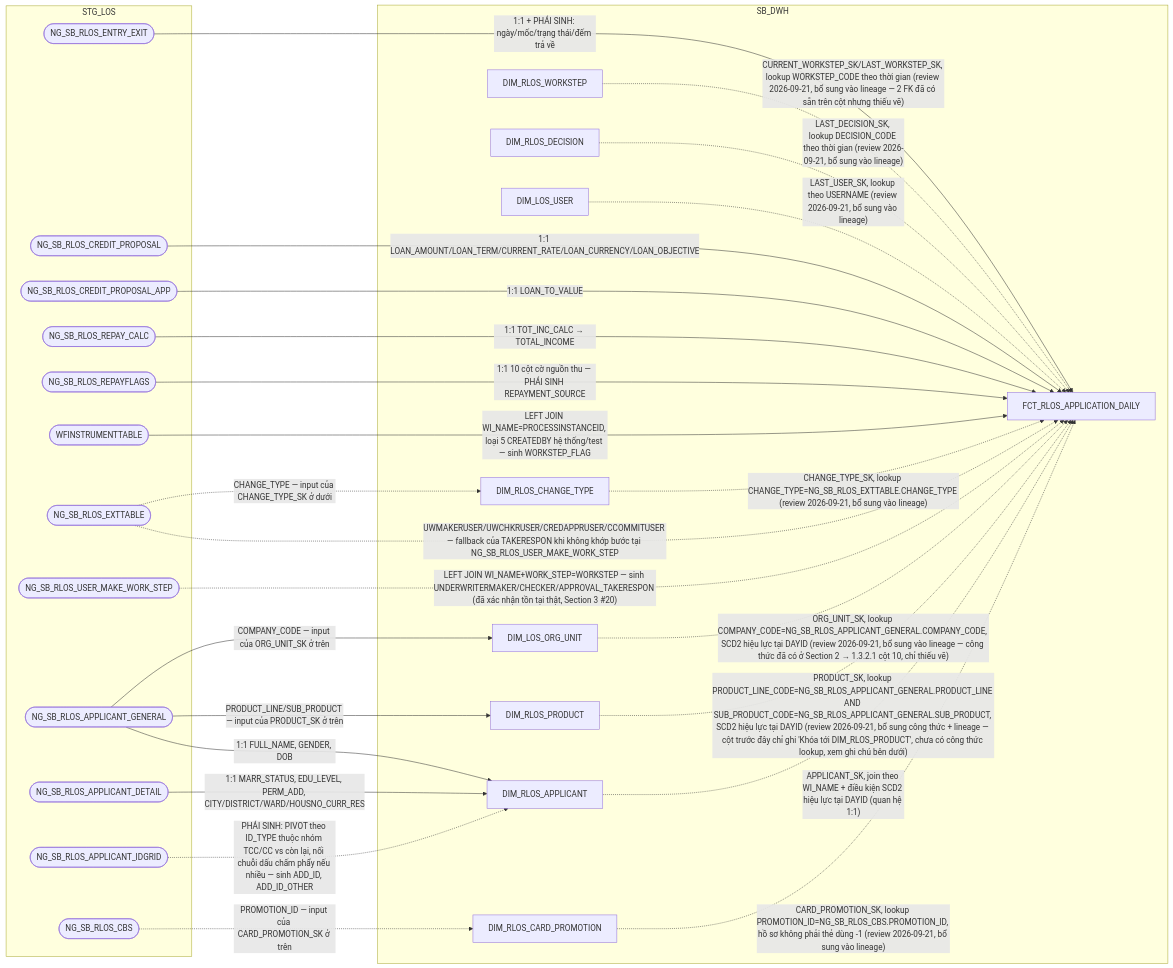
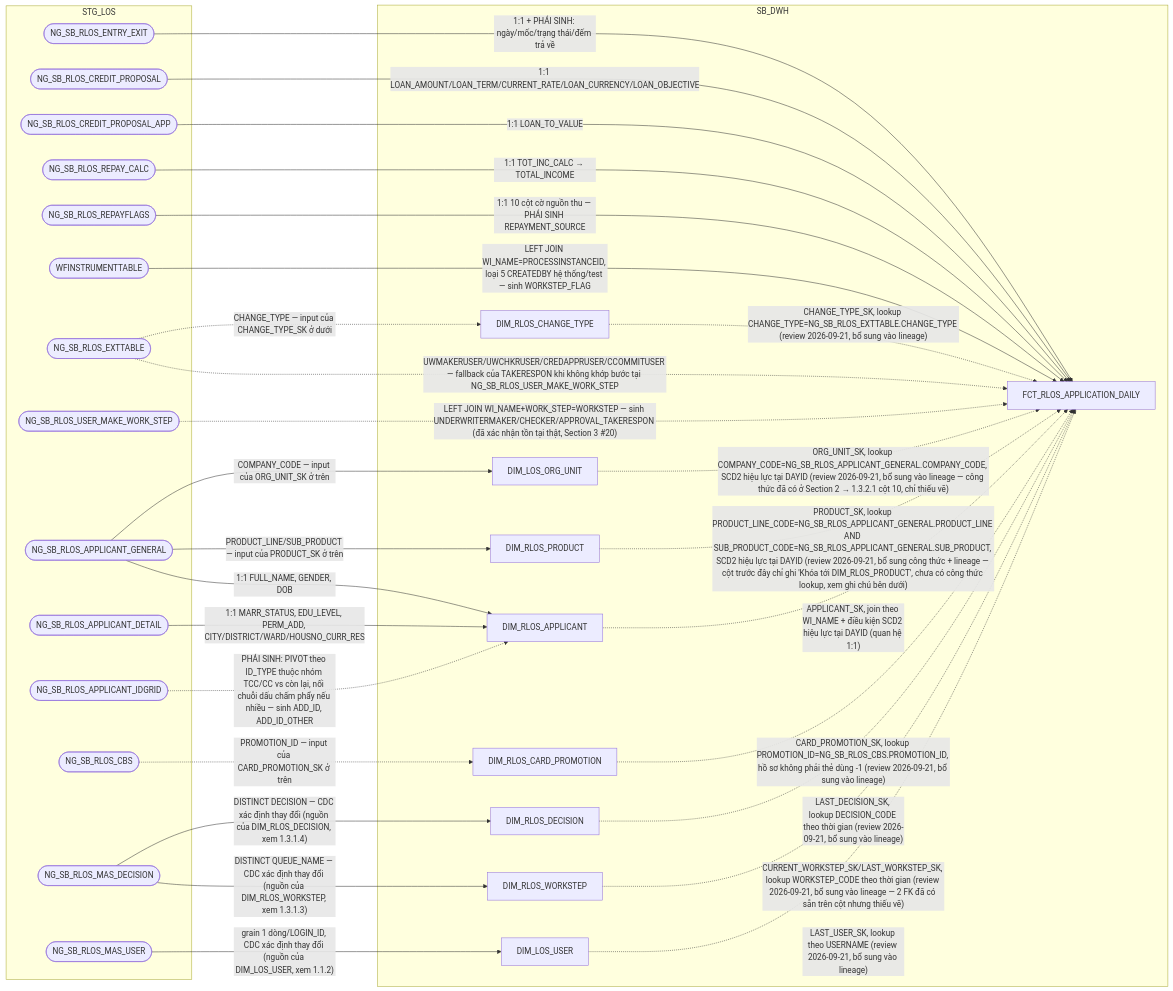
Before and after one commit to chien1198/sb-mapping-gen: the seventh of 13 diagrams in hld/HLD_FCT_SB_DWH.md, drawn with Mermaid. The commit also changed other lines of this file and 113 other files, not shown here.

````diff
--- a/hld/HLD_FCT_SB_DWH.md
+++ b/hld/HLD_FCT_SB_DWH.md
@@ -630,51 +656,56 @@
 ```mermaid
 flowchart LR
     subgraph STG_LOS
         A(["NG_SB_RLOS_ENTRY_EXIT"])
         B(["NG_SB_RLOS_CREDIT_PROPOSAL"])
         C(["NG_SB_RLOS_CREDIT_PROPOSAL_APP"])
         F(["NG_SB_RLOS_REPAY_CALC"])
         G(["NG_SB_RLOS_REPAYFLAGS"])
         H(["WFINSTRUMENTTABLE"])
         I(["NG_SB_RLOS_EXTTABLE"])
         J(["NG_SB_RLOS_USER_MAKE_WORK_STEP"])
         P1(["NG_SB_RLOS_APPLICANT_GENERAL"])
         P2(["NG_SB_RLOS_APPLICANT_DETAIL"])
         P3(["NG_SB_RLOS_APPLICANT_IDGRID"])
         P4(["NG_SB_RLOS_CBS"])
+        MW(["NG_SB_RLOS_MAS_DECISION"])
+        U(["NG_SB_RLOS_MAS_USER"])
     end
     subgraph SB_DWH
         K["DIM_RLOS_APPLICANT"]
         WS["DIM_RLOS_WORKSTEP"]
         DC["DIM_RLOS_DECISION"]
         US["DIM_LOS_USER"]
         PR["DIM_RLOS_PRODUCT"]
         OU["DIM_LOS_ORG_UNIT"]
         CT["DIM_RLOS_CHANGE_TYPE"]
         CP["DIM_RLOS_CARD_PROMOTION"]
         E["FCT_RLOS_APPLICATION_DAILY"]
     end
     A -->|1:1 + PHÁI SINH: ngày/mốc/trạng thái/đếm trả về| E
     B -->|1:1 LOAN_AMOUNT/LOAN_TERM/CURRENT_RATE/LOAN_CURRENCY/LOAN_OBJECTIVE| E
     C -->|1:1 LOAN_TO_VALUE| E
     F -->|1:1 TOT_INC_CALC → TOTAL_INCOME| E
     G -->|1:1 10 cột cờ nguồn thu — PHÁI SINH REPAYMENT_SOURCE| E
     H -->|"LEFT JOIN WI_NAME=PROCESSINSTANCEID, loại 5 CREATEDBY hệ thống/test — sinh WORKSTEP_FLAG"| E
     I -.->|"UWMAKERUSER/UWCHKRUSER/CREDAPPRUSER/CCOMMITUSER — fallback của TAKERESPON khi không khớp bước tại NG_SB_RLOS_USER_MAKE_WORK_STEP"| E
     I -.->|"CHANGE_TYPE — input của CHANGE_TYPE_SK ở dưới"| CT
     J -.->|"LEFT JOIN WI_NAME+WORK_STEP=WORKSTEP — sinh UNDERWRITERMAKER/CHECKER/APPROVAL_TAKERESPON (đã xác nhận tồn tại thật, Section 3 #20)"| E
     K -.->|"APPLICANT_SK, join theo WI_NAME + điều kiện SCD2 hiệu lực tại DAYID (quan hệ 1:1)"| E
     P1 -->|1:1 FULL_NAME, GENDER, DOB| K
     P2 -->|1:1 MARR_STATUS, EDU_LEVEL, PERM_ADD, CITY/DISTRICT/WARD/HOUSNO_CURR_RES| K
     P3 -.->|PHÁI SINH: PIVOT theo ID_TYPE thuộc nhóm TCC/CC vs còn lại, nối chuỗi dấu chấm phẩy nếu nhiều — sinh ADD_ID, ADD_ID_OTHER| K
     WS -.->|"CURRENT_WORKSTEP_SK/LAST_WORKSTEP_SK, lookup WORKSTEP_CODE theo thời gian (review 2026-09-21, bổ sung vào lineage — 2 FK đã có sẵn trên cột nhưng thiếu vẽ)"| E
     DC -.->|"LAST_DECISION_SK, lookup DECISION_CODE theo thời gian (review 2026-09-21, bổ sung vào lineage)"| E
     US -.->|"LAST_USER_SK, lookup theo USERNAME (review 2026-09-21, bổ sung vào lineage)"| E
+    MW -->|"DISTINCT QUEUE_NAME — CDC xác định thay đổi (nguồn của DIM_RLOS_WORKSTEP, xem 1.3.1.3)"| WS
+    MW -->|"DISTINCT DECISION — CDC xác định thay đổi (nguồn của DIM_RLOS_DECISION, xem 1.3.1.4)"| DC
+    U -->|"grain 1 dòng/LOGIN_ID, CDC xác định thay đổi (nguồn của DIM_LOS_USER, xem 1.1.2)"| US
     PR -.->|"PRODUCT_SK, lookup PRODUCT_LINE_CODE=NG_SB_RLOS_APPLICANT_GENERAL.PRODUCT_LINE AND SUB_PRODUCT_CODE=NG_SB_RLOS_APPLICANT_GENERAL.SUB_PRODUCT, SCD2 hiệu lực tại DAYID (review 2026-09-21, bổ sung công thức + lineage — cột trước đây chỉ ghi 'Khóa tới DIM_RLOS_PRODUCT', chưa có công thức lookup, xem ghi chú bên dưới)"| E
     OU -.->|"ORG_UNIT_SK, lookup COMPANY_CODE=NG_SB_RLOS_APPLICANT_GENERAL.COMPANY_CODE, SCD2 hiệu lực tại DAYID (review 2026-09-21, bổ sung vào lineage — công thức đã có ở Section 2 → 1.3.2.1 cột 10, chỉ thiếu vẽ)"| E
     CT -.->|"CHANGE_TYPE_SK, lookup CHANGE_TYPE=NG_SB_RLOS_EXTTABLE.CHANGE_TYPE (review 2026-09-21, bổ sung vào lineage)"| E
     CP -.->|"CARD_PROMOTION_SK, lookup PROMOTION_ID=NG_SB_RLOS_CBS.PROMOTION_ID, hồ sơ không phải thẻ dùng -1 (review 2026-09-21, bổ sung vào lineage)"| E
     P1 -->|"PRODUCT_LINE/SUB_PRODUCT — input của PRODUCT_SK ở trên"| PR
     P1 -->|"COMPANY_CODE — input của ORG_UNIT_SK ở trên"| OU
     P4 -.->|"PROMOTION_ID — input của CARD_PROMOTION_SK ở trên"| CP
 ```
````
